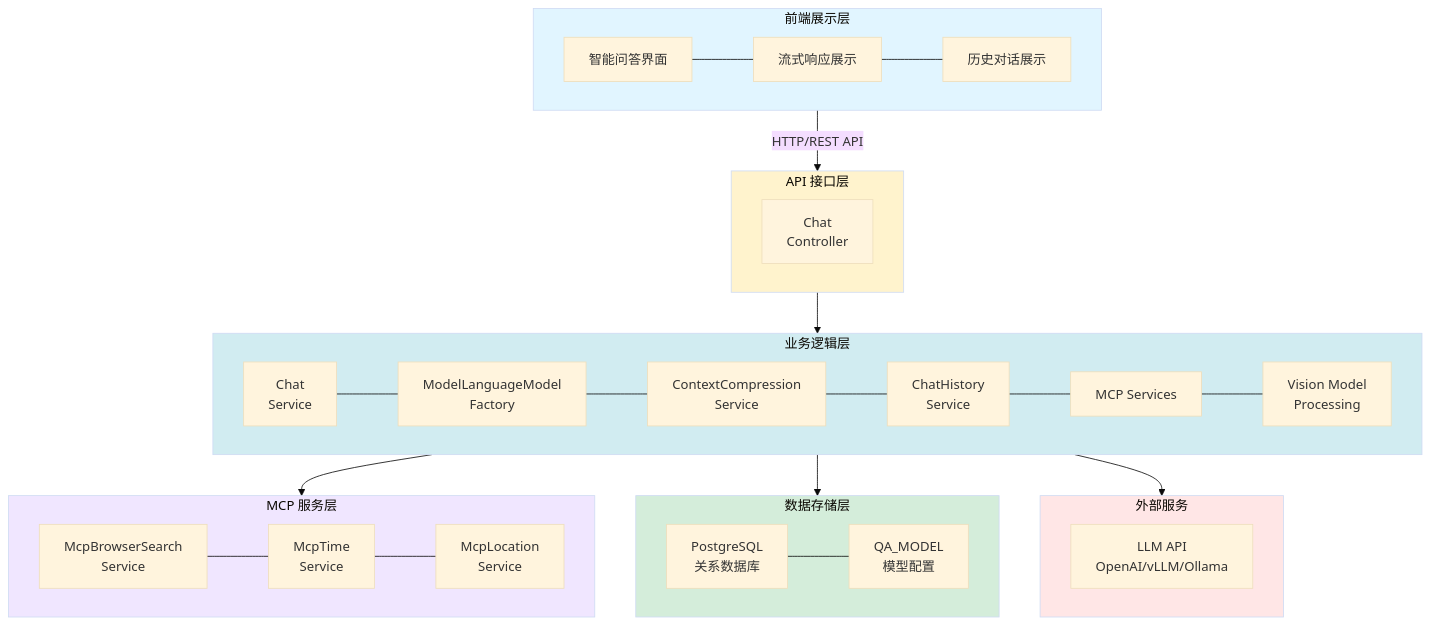
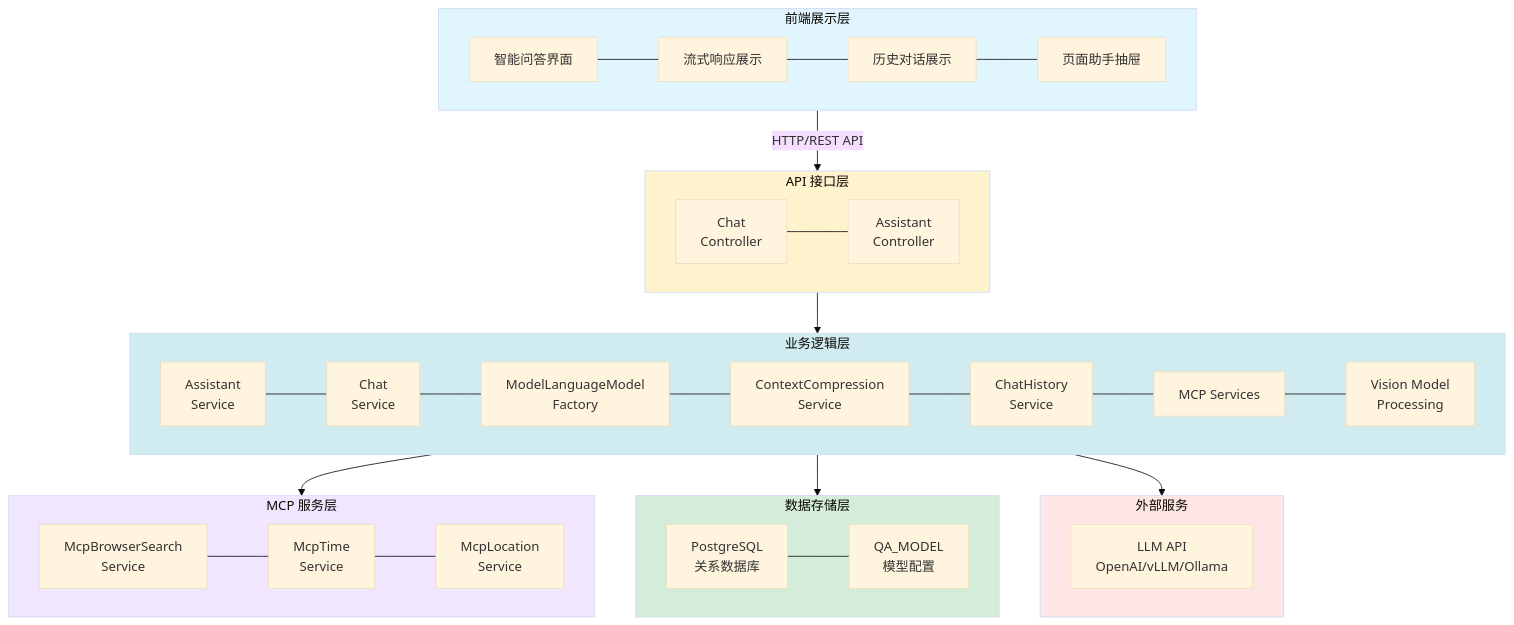
The first of 5 diagrams in backend/doc/6.智能问答功能设计文档.md (NanoAgentCode/DifyApp), drawn with Mermaid (base theme) before and after one commit. The commit also changed other lines of this file and 15 other files, not shown here.

````diff
--- a/backend/doc/6.智能问答功能设计文档.md
+++ b/backend/doc/6.智能问答功能设计文档.md
@@ -44,45 +49,45 @@
 ```mermaid
 flowchart TB
     subgraph Frontend["前端展示层"]
         direction LR
-        A1[智能问答界面] --- A2[流式响应展示] --- A3[历史对话展示]
+        A1[智能问答界面] --- A2[流式响应展示] --- A3[历史对话展示] --- A4[页面助手抽屉]
     end
     
     subgraph API["API 接口层"]
         direction LR
-        B1[Chat<br/>Controller]
+        B1[Chat<br/>Controller] --- B2[Assistant<br/>Controller]
     end
     
     subgraph Service["业务逻辑层"]
         direction LR
-        C1[Chat<br/>Service] --- C2[ModelLanguageModel<br/>Factory] --- C3[ContextCompression<br/>Service] --- C4[ChatHistory<br/>Service] --- C5[MCP Services] --- C6[Vision Model<br/>Processing]
+        C0[Assistant<br/>Service] --- C1[Chat<br/>Service] --- C2[ModelLanguageModel<br/>Factory] --- C3[ContextCompression<br/>Service] --- C4[ChatHistory<br/>Service] --- C5[MCP Services] --- C6[Vision Model<br/>Processing]
     end
     
     subgraph MCP["MCP 服务层"]
         direction LR
         D1[McpBrowserSearch<br/>Service] --- D2[McpTime<br/>Service] --- D3[McpLocation<br/>Service]
     end
     
     subgraph Storage["数据存储层"]
         direction LR
         E1[PostgreSQL<br/>关系数据库] --- E2[QA_MODEL<br/>模型配置]
     end
     
     subgraph External["外部服务"]
         direction LR
         F1[LLM API<br/>OpenAI/vLLM/Ollama]
     end
     
     Frontend -->|HTTP/REST API| API
     API --> Service
     Service --> MCP
     Service --> Storage
     Service --> External
     
     style Frontend fill:#e1f5ff
     style API fill:#fff3cd
     style Service fill:#d1ecf1
     style MCP fill:#f0e6ff
     style Storage fill:#d4edda
     style External fill:#ffe6e6
 ```
````
